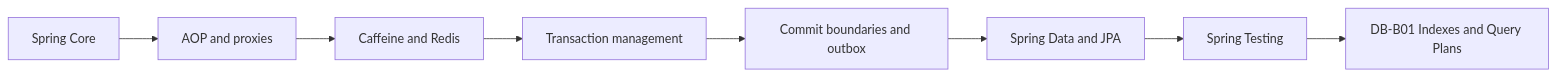
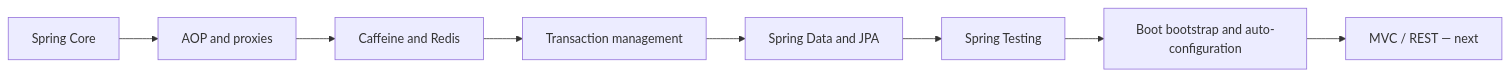
Before and after one commit to alimbetov/obsidian: the diagram in 01_MAPS/Spring Map.md, drawn with Mermaid. The commit also changed other lines of this file, not shown here.

Commit message:
docs: publish SPRING-BOOT-B01 in Spring Map

````diff
--- a/01_MAPS/Spring Map.md
+++ b/01_MAPS/Spring Map.md
@@ -44,10 +49,10 @@
 ```mermaid
 flowchart LR
     CORE["Spring Core"] --> AOP["AOP and proxies"]
     AOP --> CACHE["Caffeine and Redis"]
     CACHE --> TX["Transaction management"]
-    TX --> OUTBOX["Commit boundaries and outbox"]
-    OUTBOX --> DATA["Spring Data and JPA"]
+    TX --> DATA["Spring Data and JPA"]
     DATA --> TEST["Spring Testing"]
-    TEST --> DB["DB-B01 Indexes and Query Plans"]
+    TEST --> BOOT["Boot bootstrap and auto-configuration"]
+    BOOT --> MVC["MVC / REST — next"]
 ```
````
